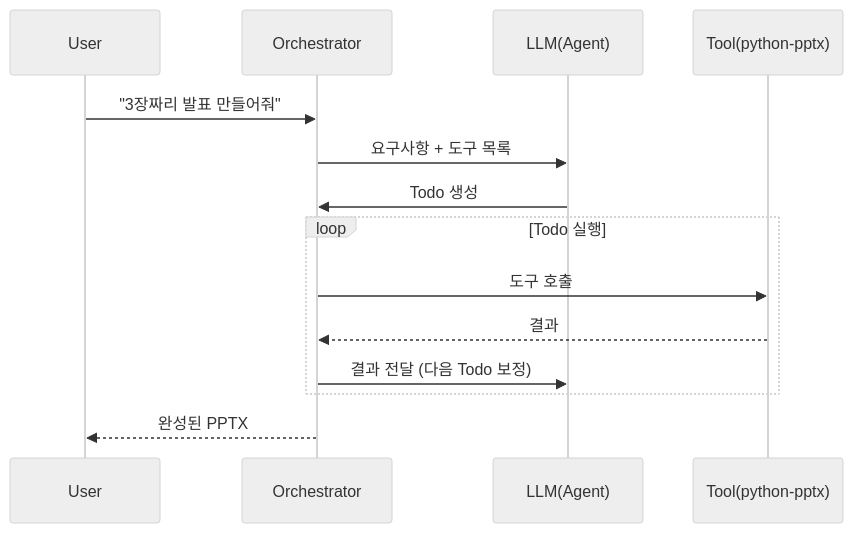
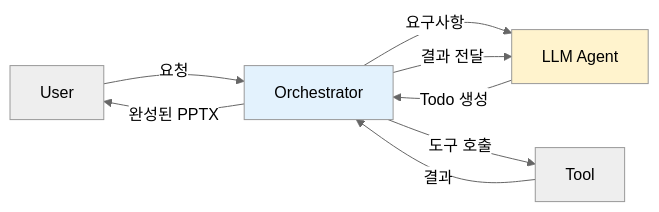
Before and after one commit to Kanghyeop/pages-book-agent101: the seventh of 15 diagrams in 02-literacy/23-product.md, drawn with Mermaid (neutral theme). The commit also changed 5 other files, not shown here.

Commit message:
fix: Mermaid GitHub 호환성 수정

````diff
--- a/02-literacy/23-product.md
+++ b/02-literacy/23-product.md
@@ -154,17 +154,13 @@
 ```mermaid
-sequenceDiagram
-    participant U as User
-    participant O as Orchestrator
-    participant L as LLM(Agent)
-    participant T as Tool(python-pptx)
+flowchart LR
+    U[User] -->|요청| O[Orchestrator]
+    O -->|요구사항| L[LLM Agent]
+    L -->|Todo 생성| O
+    O -->|도구 호출| T[Tool]
+    T -->|결과| O
+    O -->|결과 전달| L
+    O -->|완성된 PPTX| U
 
-    U->>O: "3장짜리 발표 만들어줘"
-    O->>L: 요구사항 + 도구 목록
-    L->>O: Todo 생성
-    loop Todo 실행
-        O->>T: 도구 호출
-        T-->>O: 결과
-        O->>L: 결과 전달 (다음 Todo 보정)
-    end
-    O-->>U: 완성된 PPTX
+    style O fill:#E3F2FD
+    style L fill:#FFF3CD
 ```
````
